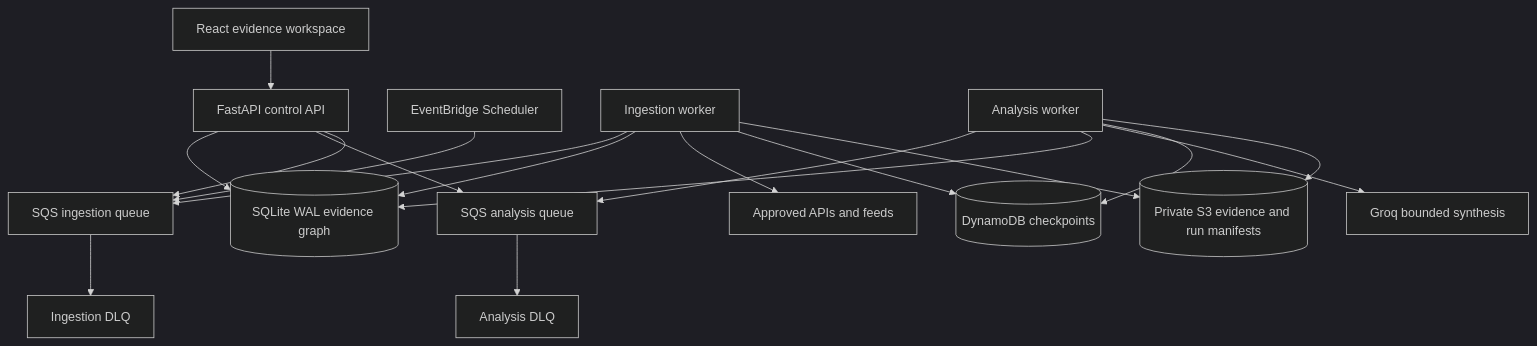
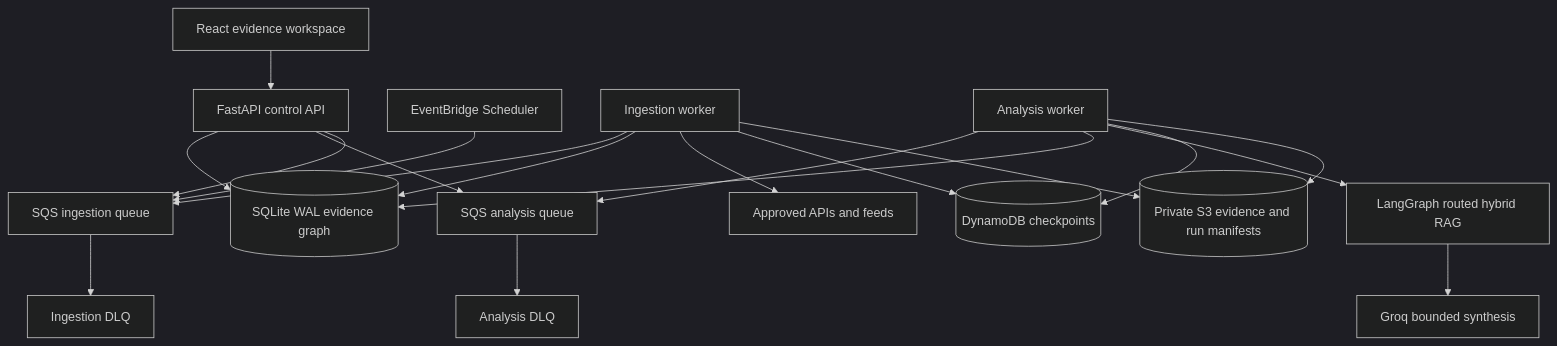
One commit to techieguy-kartik/mind-map changed the diagram in docs/ARCHITECTURE_UPGRADE.md. Above: the diagram before and after it, drawn with Mermaid (dark theme). The commit also changed other lines of this file and 19 other files, not shown here.

Commit message:
Add routed LangGraph hybrid RAG investigations

````diff
--- a/docs/ARCHITECTURE_UPGRADE.md
+++ b/docs/ARCHITECTURE_UPGRADE.md
@@ -11,20 +11,21 @@
 ```mermaid
 flowchart TB
     UI[React evidence workspace] --> API[FastAPI control API]
     API --> DB[(SQLite WAL evidence graph)]
     API --> AQ[SQS analysis queue]
     API --> IQ[SQS ingestion queue]
     SCH[EventBridge Scheduler] --> IQ
     IW[Ingestion worker] --> IQ
     AW[Analysis worker] --> AQ
     IW --> DB
     AW --> DB
     IW --> EXT[Approved APIs and feeds]
-    AW --> GROQ[Groq bounded synthesis]
+    AW --> RAG[LangGraph routed hybrid RAG]
+    RAG --> GROQ[Groq bounded synthesis]
     IW --> CT[(DynamoDB checkpoints)]
     AW --> CT
     IW --> S3[(Private S3 evidence and run manifests)]
     AW --> S3
     IQ --> IDLQ[Ingestion DLQ]
     AQ --> ADLQ[Analysis DLQ]
 ```
````
